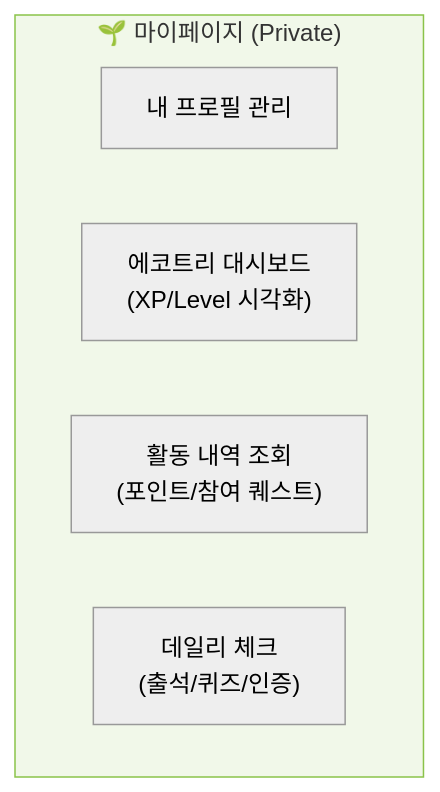
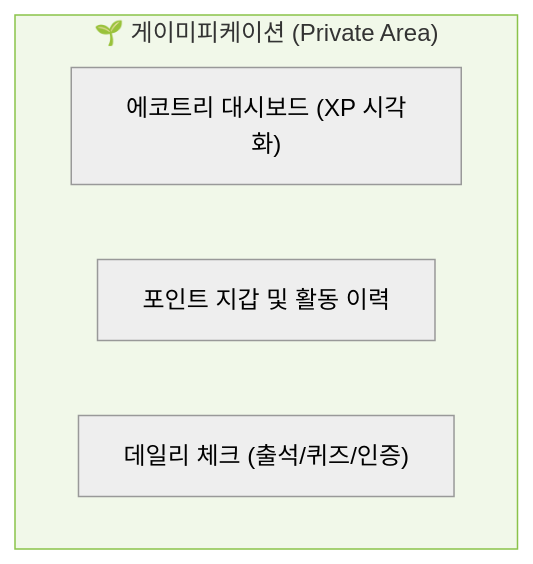
Before and after one commit to KJH-Portfolio/202602-Environmenta-Organization: the fifth of 5 diagrams in ia.md, drawn with Mermaid (neutral theme). The commit also changed other lines of this file and 9 other files, not shown here.

````diff
--- a/ia.md
+++ b/ia.md
@@ -95,11 +94,10 @@
 ```mermaid
 graph TD
-    subgraph MY ["🌱 마이페이지 (Private)"]
-        MY1["내 프로필 관리"]
-        MY2["에코트리 대시보드\n(XP/Level 시각화)"]
-        MY3["활동 내역 조회\n(포인트/참여 퀘스트)"]
-        MY4["데일리 체크\n(출석/퀴즈/인증)"]
+    subgraph MY ["🌱 게이미피케이션 (Private Area)"]
+        MY1["에코트리 대시보드 (XP 시각화)"]
+        MY2["포인트 지갑 및 활동 이력"]
+        MY3["데일리 체크 (출석/퀴즈/인증)"]
     end
 
     style MY fill:#F1F8E9,stroke:#8BC34A,color:#333
 ```
````
